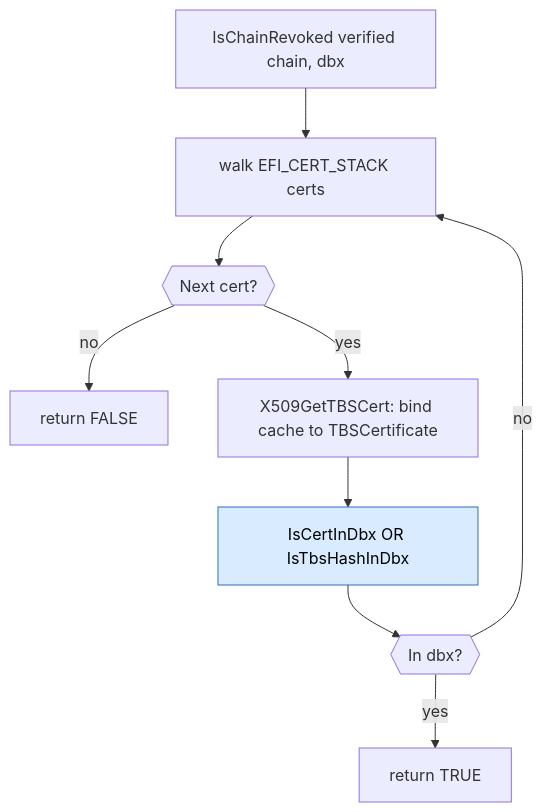
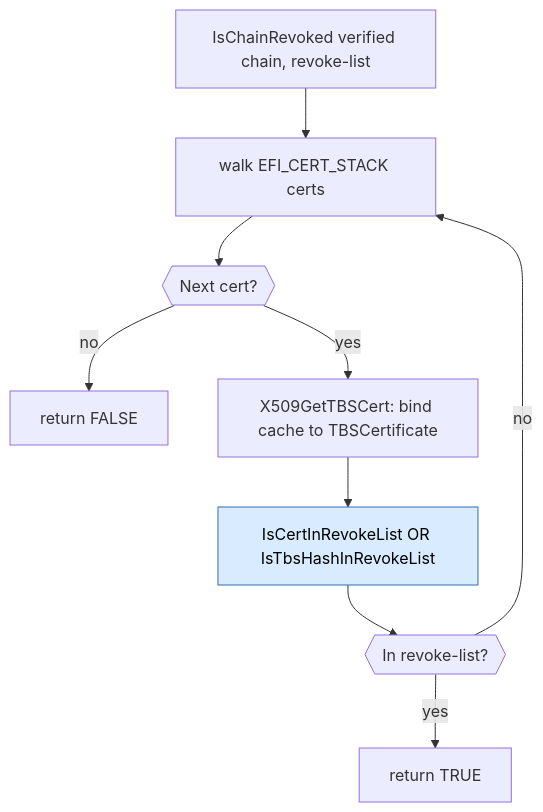
Before and after one commit to microsoft/mu_basecore: the fifth of 5 diagrams in SecurityPkg/Library/DxeImageVerificationLib2/README.md, drawn with Mermaid. The commit also changed other lines of this file and 14 other files, not shown here.

````diff
--- a/SecurityPkg/Library/DxeImageVerificationLib2/README.md
+++ b/SecurityPkg/Library/DxeImageVerificationLib2/README.md
@@ -280,14 +281,14 @@
 ```mermaid
 flowchart TD
-  A[IsChainRevoked verified chain, dbx] --> W[walk EFI_CERT_STACK certs]
+  A[IsChainRevoked verified chain, revoke-list] --> W[walk EFI_CERT_STACK certs]
     W --> W1{{Next cert?}}
     W1 -- no --> RF[return FALSE]
     W1 -- yes --> TB[X509GetTBSCert: bind cache to TBSCertificate]
-    TB --> ID[IsCertInDbx OR IsTbsHashInDbx]
-    ID --> ID1{{In dbx?}}
+    TB --> ID[IsCertInRevokeList OR IsTbsHashInRevokeList]
+    ID --> ID1{{In revoke-list?}}
     ID1 -- yes --> RT[return TRUE]
     ID1 -- no --> W
 
     classDef drill fill:#d9ecff,stroke:#2f6fb2,color:#000;
     class ID drill;
 ```
````
